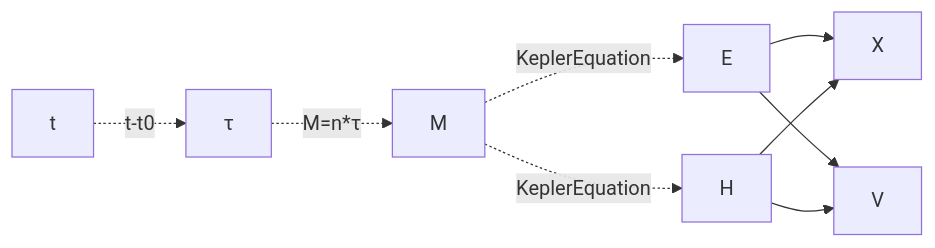
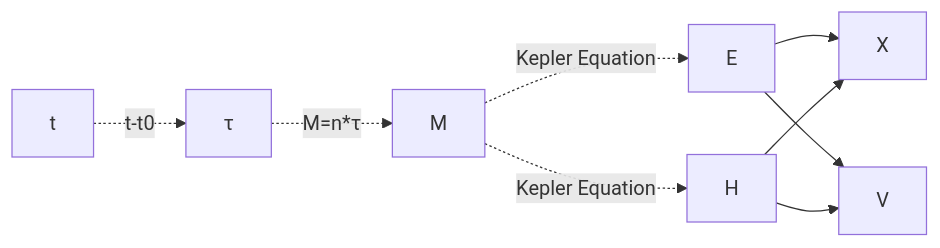
The second of 4 diagrams in README.md (StellarWarp/RestrictedGravitySimulation), drawn with Mermaid before and after one commit. The commit also changed other lines of this file, not shown here.

````diff
--- a/README.md
+++ b/README.md
@@ -131,9 +351,9 @@
 ```mermaid
 graph LR
-    t-.t-t0.->τ-.M=n*τ.->M-.KeplerEquation.->E
-    M-.KeplerEquation.->H
+    t-.t-t0.->τ-.M=n*τ.->M-.Kepler Equation.->E
+    M-.Kepler Equation.->H
     E-->X
     E-->V
     H-->X
     H-->V
 ```
````
